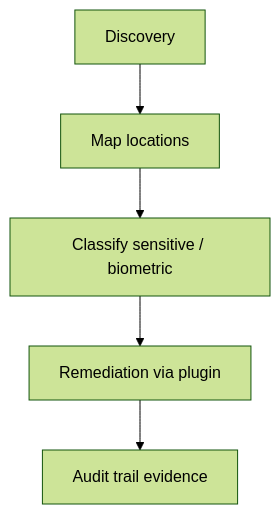
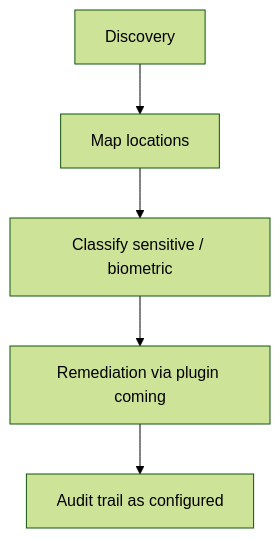
The diagram in docs/use-cases/USE_CASE_BIOMETRIC_DATA_PROTECTION.md (DataBoar/data-boar), drawn with Mermaid (forest theme) before and after one commit. The commit also changed 2 other files, not shown here.

Commit message:
docs: mark biometric mermaid remediation as coming
Keep the flowchart aligned with the coming plugin so the diagram does not read as shipped.

````diff
--- a/docs/use-cases/USE_CASE_BIOMETRIC_DATA_PROTECTION.md
+++ b/docs/use-cases/USE_CASE_BIOMETRIC_DATA_PROTECTION.md
@@ -32,7 +32,7 @@
 ```mermaid
 flowchart TD
   D[Discovery] --> M[Map locations]
   M --> C[Classify sensitive / biometric]
-  C --> R[Remediation via plugin]
-  R --> E[Audit trail evidence]
+  C --> R[Remediation via plugin coming]
+  R --> E[Audit trail as configured]
 ```
````
